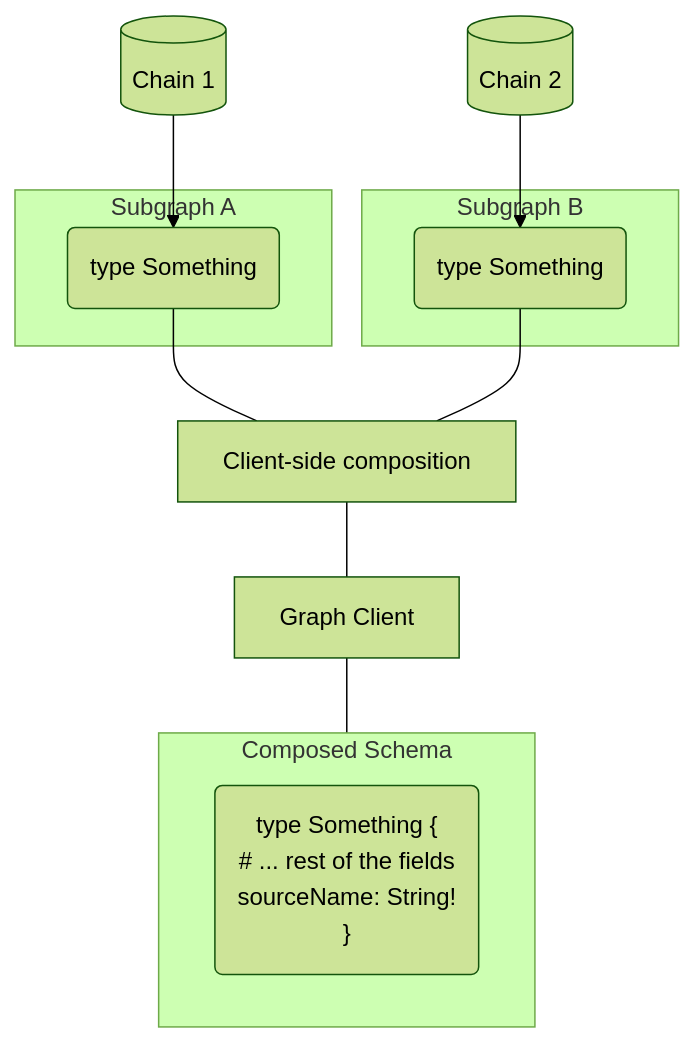
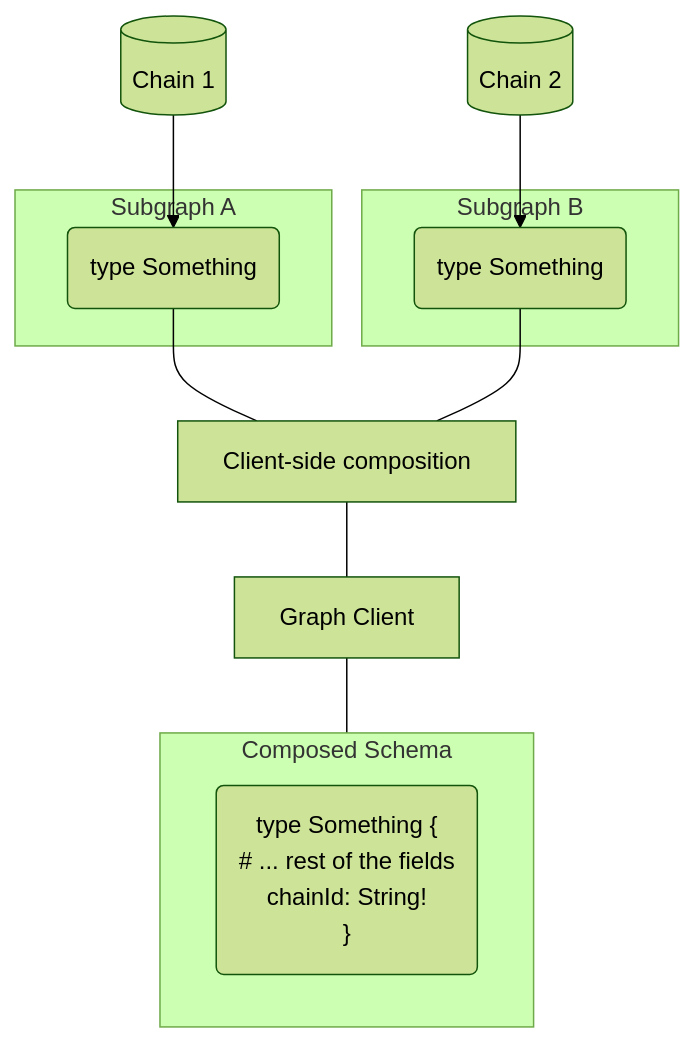
The diagram in examples/cross-chain/README.md (graphprotocol/graph-client), drawn with Mermaid (forest theme) before and after one commit. The commit also changed other lines of this file and 5 other files, not shown here.

````diff
--- a/examples/cross-chain/README.md
+++ b/examples/cross-chain/README.md
@@ -13,27 +11,27 @@
 ```mermaid
 flowchart TB
     linkStyle default interpolate basis
     c1[(Chain 1)]-->t1
     c2[(Chain 2)]-->t2
 
     subgraph "Subgraph A"
     t1("type Something")
     end
 
     subgraph "Subgraph B"
     t2("type Something")
     end
 
     t1---ccc
     t2---ccc
     ccc["Client-side composition"]---gc["Graph Client"]
 
     subgraph m["Composed Schema"]
     t3("type Something {
       # ... rest of the fields
-      sourceName: String!
+      chainId: String!
     }")
     end
 
     gc---m
 ```
````
